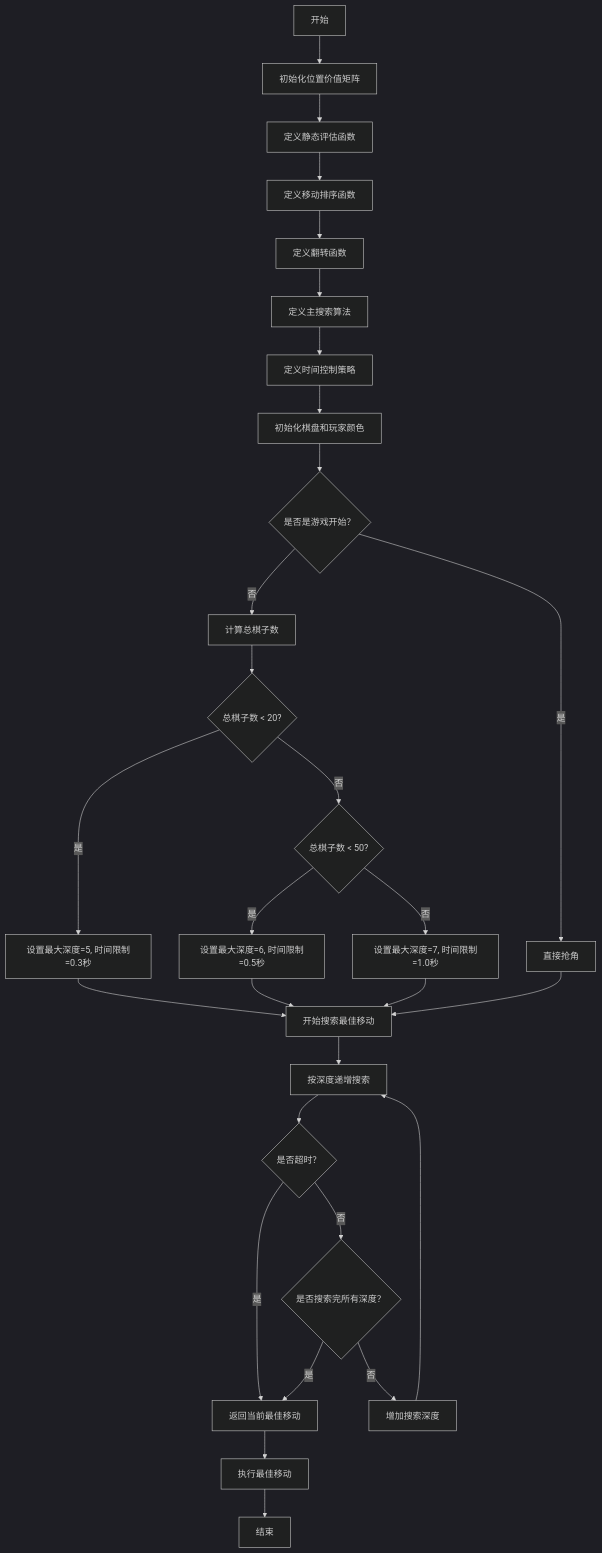
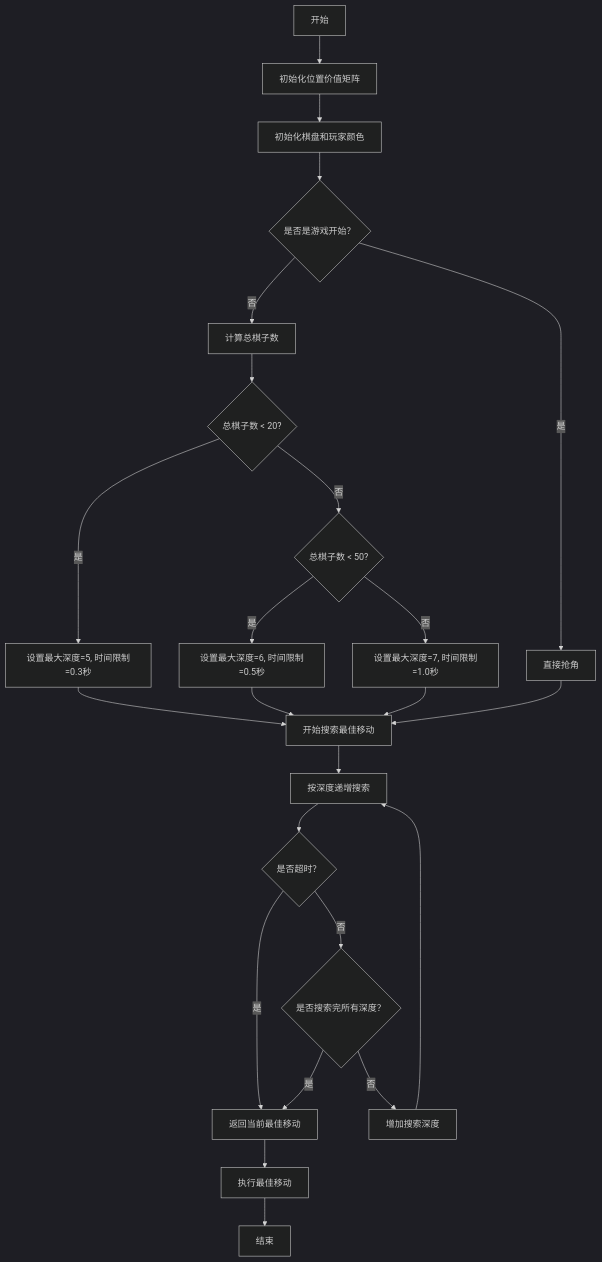
The diagram in all/未命名-1.md (SeeleWelt/iodraw-files), drawn with Mermaid (dark theme) before and after one commit.

Commit message:
2025-06-06 10:22:54 update

````diff
--- a/all/未命名-1.md
+++ b/all/未命名-1.md
@@ -1,31 +1,26 @@
 ```mermaid
 graph TD
     A[开始] --> B[初始化位置价值矩阵]
-    B --> C[定义静态评估函数]
-    C --> D[定义移动排序函数]
-    D --> E[定义翻转函数]
-    E --> F[定义主搜索算法]
-    F --> G[定义时间控制策略]
-    G --> H[初始化棋盘和玩家颜色]
+    B --> H[初始化棋盘和玩家颜色]
     H --> I{是否是游戏开始？}
     I -->|是| J[直接抢角]
     I -->|否| K[计算总棋子数]
     K --> L{总棋子数 < 20?}
     L -->|是| M[设置最大深度=5, 时间限制=0.3秒]
     L -->|否| N{总棋子数 < 50?}
     N -->|是| O[设置最大深度=6, 时间限制=0.5秒]
     N -->|否| P[设置最大深度=7, 时间限制=1.0秒]
     M --> Q[开始搜索最佳移动]
     O --> Q
     P --> Q
     J --> Q
     Q --> R[按深度递增搜索]
     R --> S{是否超时？}
     S -->|是| T[返回当前最佳移动]
     S -->|否| U{是否搜索完所有深度？}
     U -->|是| T
     U -->|否| V[增加搜索深度]
     V --> R
     T --> W[执行最佳移动]
     W --> X[结束]
 ```
````
